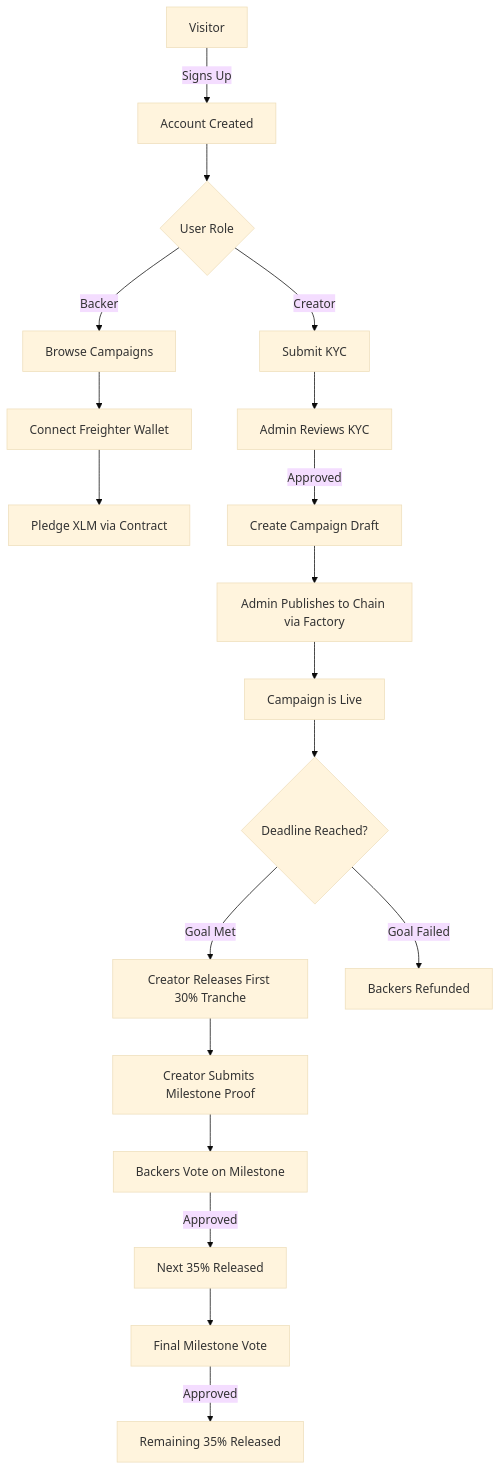
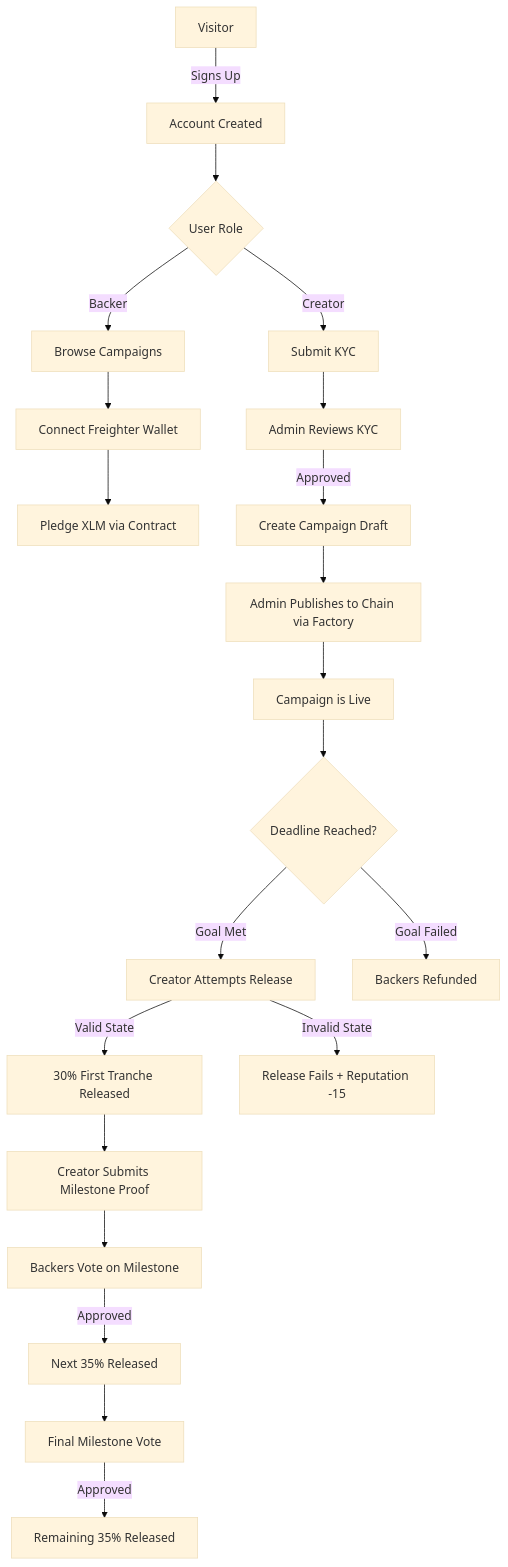
The first of 2 diagrams in README.md (thisisouvik/Fundr), drawn with Mermaid (base theme) before and after one commit. The commit also changed other lines of this file, not shown here.

Commit message:
feat: Update README with new Next.js version, on-chain creator reputation logic, and milestone fund release details

````diff
--- a/README.md
+++ b/README.md
@@ -188,23 +199,25 @@
 ```mermaid
 graph TD;
     A[Visitor] -->|Signs Up| B["Account Created"];
     B --> C{User Role};
     C -->|Backer| D["Browse Campaigns"];
     D --> E["Connect Freighter Wallet"];
     E --> F["Pledge XLM via Contract"];
     
     C -->|Creator| G["Submit KYC"];
     G --> H["Admin Reviews KYC"];
     H -->|Approved| I["Create Campaign Draft"];
     I --> J["Admin Publishes to Chain via Factory"];
     J --> K["Campaign is Live"];
     
     K --> L{Deadline Reached?};
-    L -->|Goal Met| M["Creator Releases First 30% Tranche"];
-    M --> O["Creator Submits Milestone Proof"];
+    L -->|Goal Met| M["Creator Attempts Release"];
+    M -->|Valid State| N1["30% First Tranche Released"];
+    M -->|Invalid State| N2["Release Fails + Reputation -15"];
+    N1 --> O["Creator Submits Milestone Proof"];
     O --> P["Backers Vote on Milestone"];
     P -->|Approved| Q["Next 35% Released"];
     Q --> R["Final Milestone Vote"];
     R -->|Approved| S["Remaining 35% Released"];
-    L -->|Goal Failed| N["Backers Refunded"];
+    L -->|Goal Failed| T["Backers Refunded"];
 ```
````
